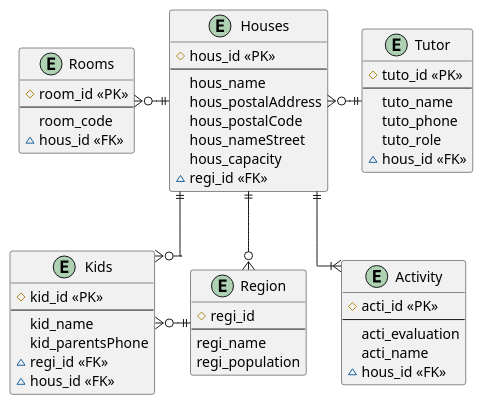
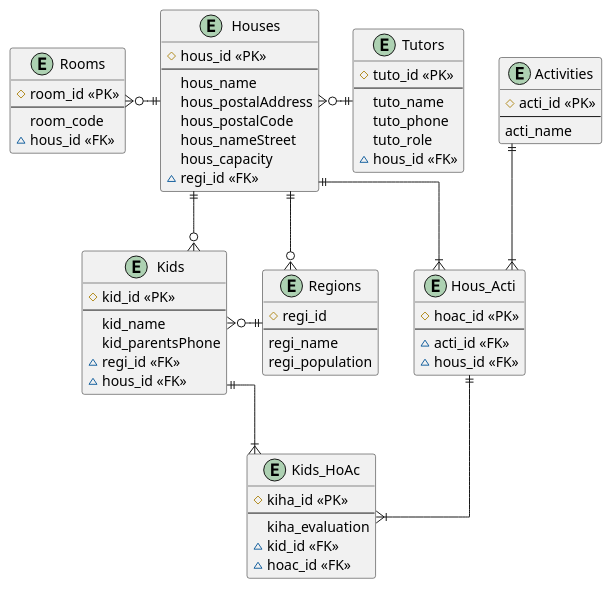
One commit to Erick-Parrado/Software-Design-and-Architecture changed the diagram in Software Design/1 TALER-COLONIAS/tables_colonies.puml. Above: the diagram before and after it, drawn with PlantUML.

```diff
--- a/Software Design/1 TALER-COLONIAS/tables_colonies.puml
+++ b/Software Design/1 TALER-COLONIAS/tables_colonies.puml
@@ -1,60 +1,78 @@
 @startuml Colonies
     skinparam linetype ortho
 
     entity "Rooms" as R{
         # room_id <<PK>>
         --
         room_code
         ~ hous_id <<FK>>
     }
     entity "Houses" as H{
         # hous_id <<PK>>
         --
         hous_name
         hous_postalAddress
         hous_postalCode
         hous_nameStreet
         hous_capacity
         ~regi_id <<FK>>
     }
     entity "Kids" as K{
         #kid_id <<PK>>
         --
         kid_name
         kid_parentsPhone
         ~regi_id <<FK>>
         ~hous_id <<FK>>
     }
     
-    entity "Tutor" as T{
+    entity "Tutors" as T{
         # tuto_id <<PK>>
         --
         tuto_name
         tuto_phone
         tuto_role
         ~hous_id <<FK>>
     }
     
-    entity "Region" as Z{
+    entity "Regions" as Z{
         # regi_id
         --
         regi_name
         regi_population
     }
 
-    entity "Activity" as A{
+    entity "Activities" as A{
         # acti_id <<PK>>
+        ---
+        acti_name
+    }
+    
+
+    entity "Hous_Acti" as HA{
+        # hoac_id <<PK>>
         --
-        acti_evaluation
-        acti_name
+        ~ acti_id <<FK>>
         ~ hous_id <<FK>>
+    }
+
+    entity "Kids_HoAc" as KHA{
+        # kiha_id <<PK>>
+        --
+        kiha_evaluation
+        ~ kid_id <<FK>>
+        ~ hoac_id <<FK>>
     }
 
     H ||-left-o{ R
     H ||--o{ K
     H ||--o{ Z
-    H ||--|{ A
+    H ||--|{ HA
+    A ||--|{ HA
     H }o-right-|| T
     K }o-right-|| Z
+    K ||--|{ KHA
+    HA ||--|{ KHA
+
 
 @enduml
```
